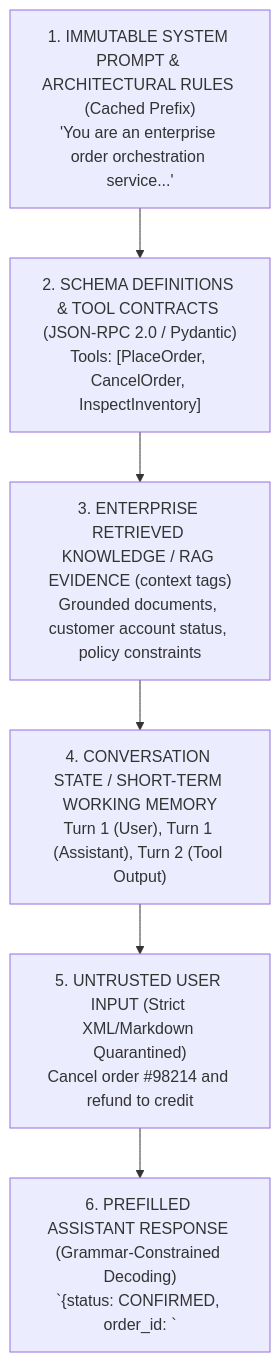
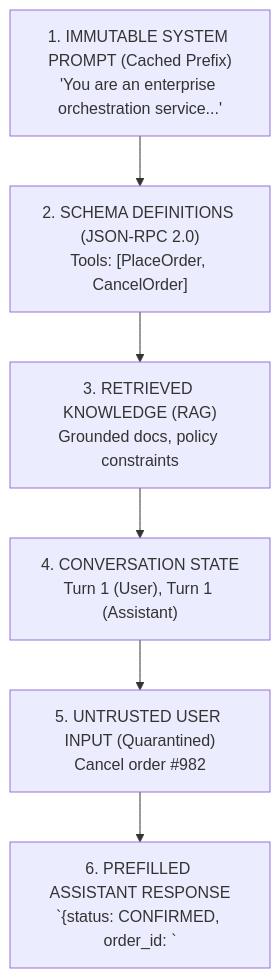
The second of 6 diagrams in 01-prompt-and-context-engineering/README.md (dip4k/senior-engineer-to-ai-engineer-roadmap), drawn with Mermaid before and after one commit. The commit also changed other lines of this file and 39 other files, not shown here.

First line of the commit message:
Enhance use case documentation for Enterprise AI, including new architectural standards and resilience implementations

````diff
--- a/01-prompt-and-context-engineering/README.md
+++ b/01-prompt-and-context-engineering/README.md
@@ -47,11 +45,11 @@
 ```mermaid
 flowchart TD
-    S1["1. IMMUTABLE SYSTEM PROMPT & ARCHITECTURAL RULES (Cached Prefix)\n'You are an enterprise order orchestration service...'"]
-    S2["2. SCHEMA DEFINITIONS & TOOL CONTRACTS (JSON-RPC 2.0 / Pydantic)\nTools: [PlaceOrder, CancelOrder, InspectInventory]"]
-    S3["3. ENTERPRISE RETRIEVED KNOWLEDGE / RAG EVIDENCE (context tags)\nGrounded documents, customer account status, policy constraints"]
-    S4["4. CONVERSATION STATE / SHORT-TERM WORKING MEMORY\nTurn 1 (User), Turn 1 (Assistant), Turn 2 (Tool Output)"]
-    S5["5. UNTRUSTED USER INPUT (Strict XML/Markdown Quarantined)\n<user_query>Cancel order #98214 and refund to credit</user_query>"]
-    S6["6. PREFILLED ASSISTANT RESPONSE (Grammar-Constrained Decoding)\n`{status: CONFIRMED, order_id: `"]
+    S1["1. IMMUTABLE SYSTEM PROMPT (Cached Prefix)\n'You are an enterprise orchestration service...'"]
+    S2["2. SCHEMA DEFINITIONS (JSON-RPC 2.0)\nTools: [PlaceOrder, CancelOrder]"]
+    S3["3. RETRIEVED KNOWLEDGE (RAG)\nGrounded docs, policy constraints"]
+    S4["4. CONVERSATION STATE\nTurn 1 (User), Turn 1 (Assistant)"]
+    S5["5. UNTRUSTED USER INPUT (Quarantined)\n<user_query>Cancel order #982</user_query>"]
+    S6["6. PREFILLED ASSISTANT RESPONSE\n`{status: CONFIRMED, order_id: `"]
     
     S1 --> S2 --> S3 --> S4 --> S5 --> S6
 ```
````
